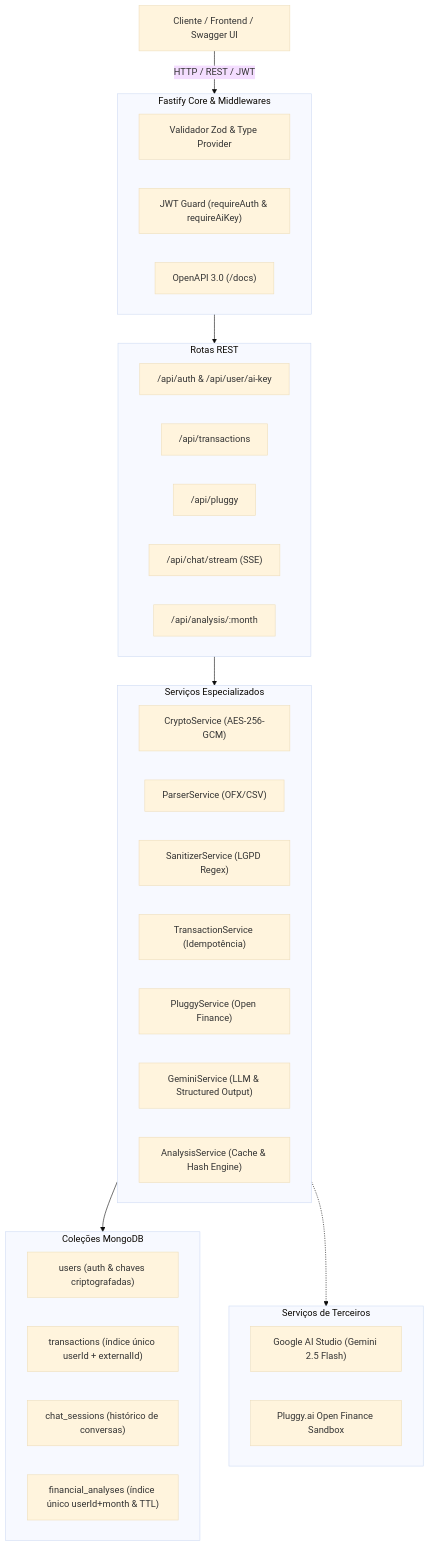
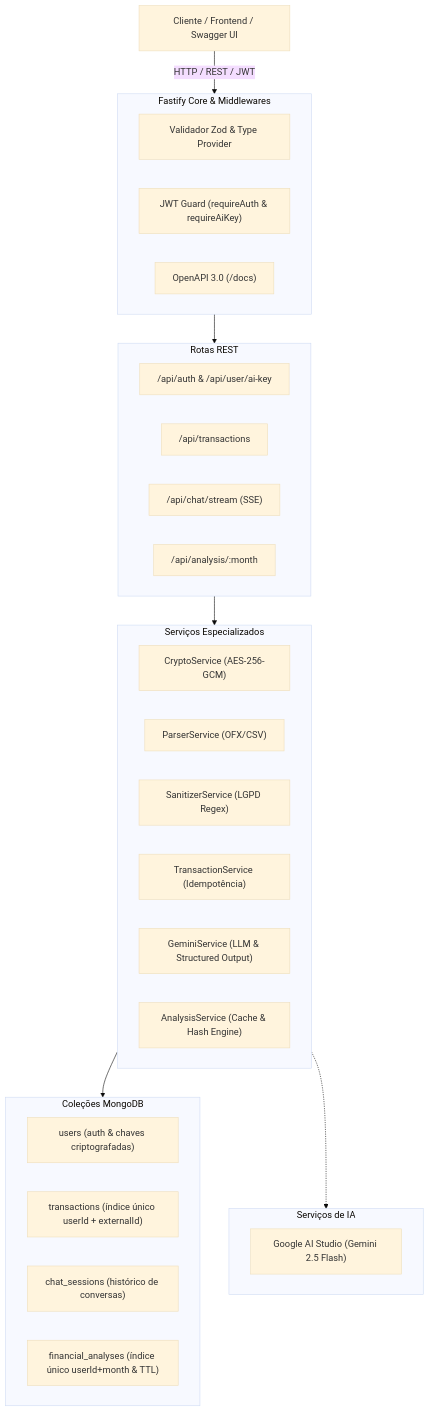
One commit to Projeto-TCC-Dash/projeto-backend-dashboard changed the first of 4 diagrams in README.md. Above: the diagram before and after it, drawn with Mermaid (base theme). The commit also changed other lines of this file and 20 other files, not shown here.

````diff
--- a/README.md
+++ b/README.md
@@ -66,48 +66,45 @@
 ```mermaid
 flowchart TD
     Client["Cliente / Frontend / Swagger UI"] -->|HTTP / REST / JWT| FastifyApp["Fastify HTTP Server (:3000)"]
 
     subgraph FastifyApp["Fastify Core & Middlewares"]
         ZodValidator["Validador Zod & Type Provider"]
         AuthMiddleware["JWT Guard (requireAuth & requireAiKey)"]
         SwaggerModule["OpenAPI 3.0 (/docs)"]
     end
 
     FastifyApp --> Router["Camada de Rotas"]
 
     subgraph Router["Rotas REST"]
         R_Auth["/api/auth & /api/user/ai-key"]
         R_Tx["/api/transactions"]
-        R_Pluggy["/api/pluggy"]
         R_Chat["/api/chat/stream (SSE)"]
         R_Analysis["/api/analysis/:month"]
     end
 
     Router --> Services["Camada de Serviços de Domínio"]
 
     subgraph Services["Serviços Especializados"]
         CryptoSvc["CryptoService (AES-256-GCM)"]
         ParserSvc["ParserService (OFX/CSV)"]
         SanitizerSvc["SanitizerService (LGPD Regex)"]
         TxSvc["TransactionService (Idempotência)"]
-        PluggySvc["PluggyService (Open Finance)"]
         GeminiSvc["GeminiService (LLM & Structured Output)"]
         AnalysisSvc["AnalysisService (Cache & Hash Engine)"]
     end
 
     Services --> DataLayer[("MongoDB 7.0")]
 
     subgraph DataLayer["Coleções MongoDB"]
         Coll_Users["users (auth & chaves criptografadas)"]
         Coll_Tx["transactions (índice único userId + externalId)"]
         Coll_Chat["chat_sessions (histórico de conversas)"]
         Coll_Analysis["financial_analyses (índice único userId+month & TTL)"]
     end
 
     Services -.-> ExternalAPIs["APIs Externas"]
 
-    subgraph ExternalAPIs["Serviços de Terceiros"]
+    subgraph ExternalAPIs["Serviços de IA"]
         GoogleGemini["Google AI Studio (Gemini 2.5 Flash)"]
-        PluggyAPI["Pluggy.ai Open Finance Sandbox"]
     end
 ```
````
